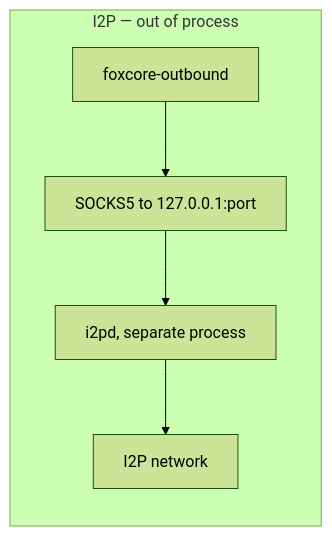
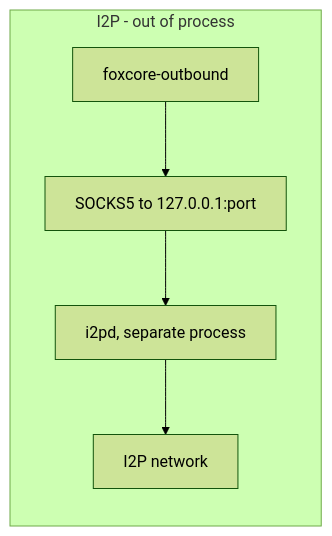
One commit to foxhole-team/foxhole-core changed the third of 5 diagrams in docs/architecture/01-protocols.md. Above: the diagram before and after it, drawn with Mermaid (forest theme). The commit also changed other lines of this file and 51 other files, not shown here.

````diff
--- a/docs/architecture/01-protocols.md
+++ b/docs/architecture/01-protocols.md
@@ -150,8 +150,8 @@
 ```mermaid
 flowchart LR
-    subgraph i2p["I2P — out of process"]
+    subgraph i2p["I2P - out of process"]
         G["foxcore-outbound"] --> H["SOCKS5 to 127.0.0.1:port"]
         H --> I["i2pd, separate process"]
         I --> J["I2P network"]
     end
 ```
````
